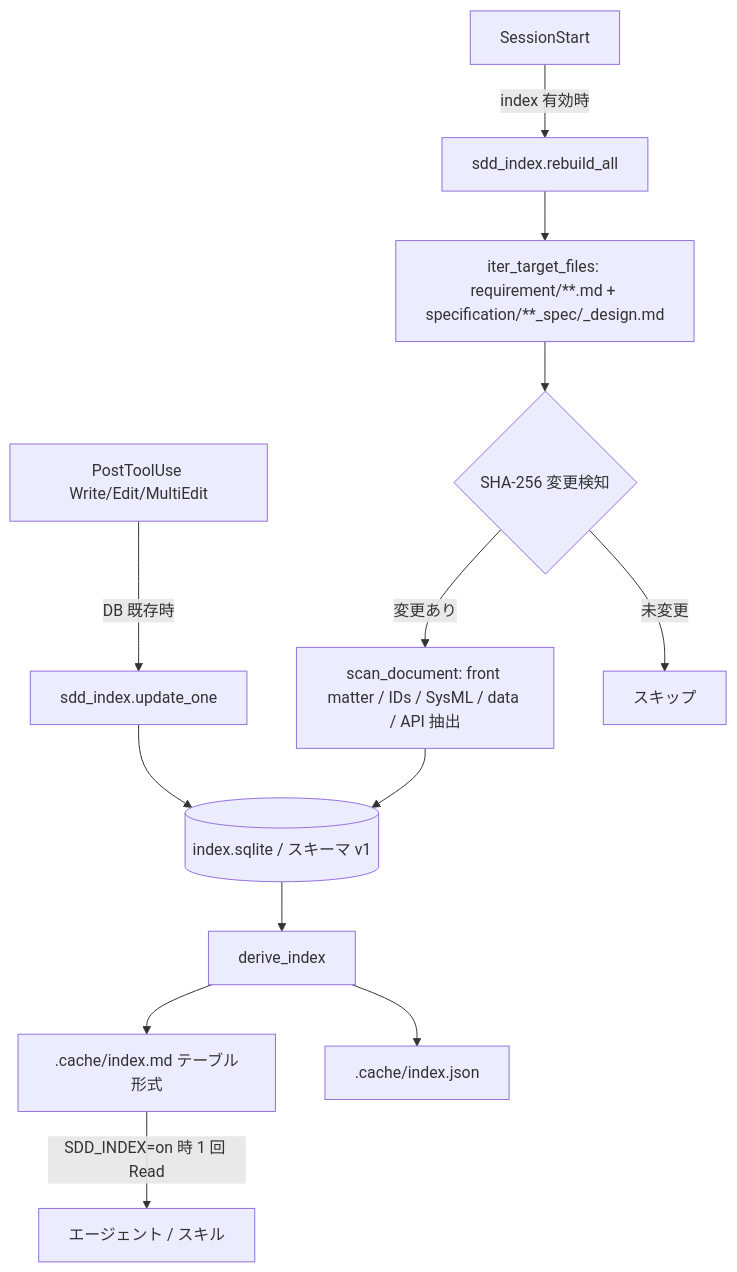
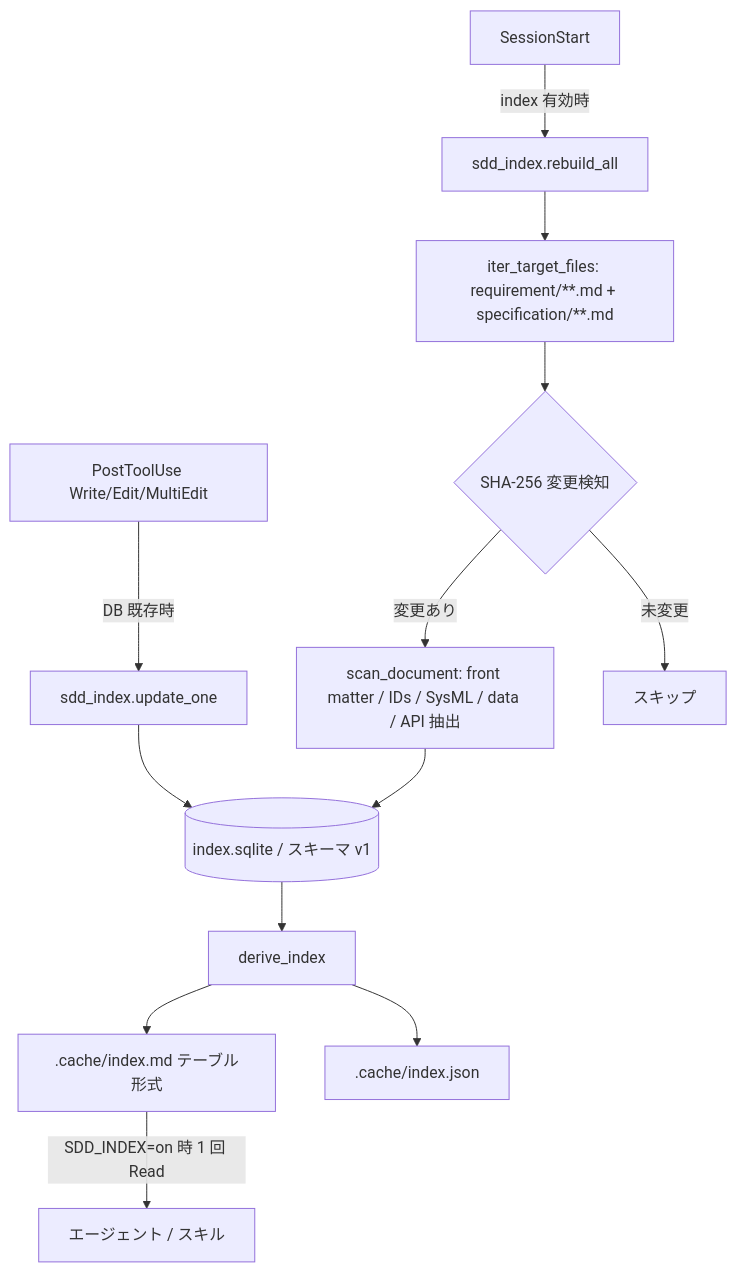
The diagram in .sdd/specification/workflow-foundation/documentation-index_design.md (ToshikiImagawa/ai-sdd-workflow-dev), drawn with Mermaid before and after one commit. The commit also changed other lines of this file and 37 other files, not shown here.

````diff
--- a/.sdd/specification/workflow-foundation/documentation-index_design.md
+++ b/.sdd/specification/workflow-foundation/documentation-index_design.md
@@ -77,15 +77,15 @@
 ```mermaid
 graph TD
     SS[SessionStart] -->|index 有効時| RA[sdd_index.rebuild_all]
     PTU[PostToolUse Write/Edit/MultiEdit] -->|DB 既存時| UO[sdd_index.update_one]
-    RA --> SCAN[iter_target_files: requirement/**.md + specification/**_spec/_design.md]
+    RA --> SCAN[iter_target_files: requirement/**.md + specification/**.md]
     SCAN --> HASH{SHA-256 変更検知}
     HASH -->|変更あり| PARSE[scan_document: front matter / IDs / SysML / data / API 抽出]
     HASH -->|未変更| SKIP[スキップ]
     PARSE --> DB[(index.sqlite / スキーマ v1)]
     UO --> DB
     DB --> DERIVE[derive_index]
     DERIVE --> MD[.cache/index.md テーブル形式]
     DERIVE --> JSON[.cache/index.json]
     MD -->|SDD_INDEX=on 時 1 回 Read| CONSUMER[エージェント / スキル]
 ```
````
